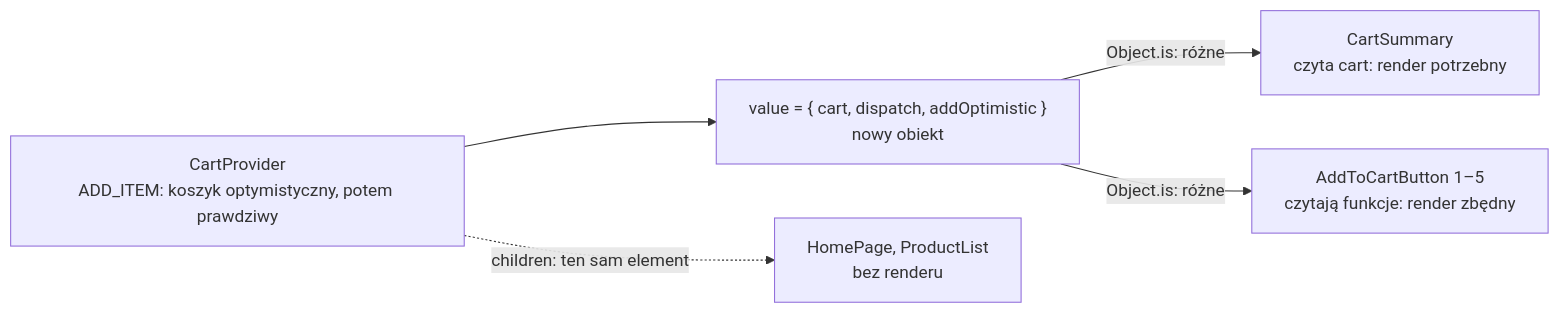
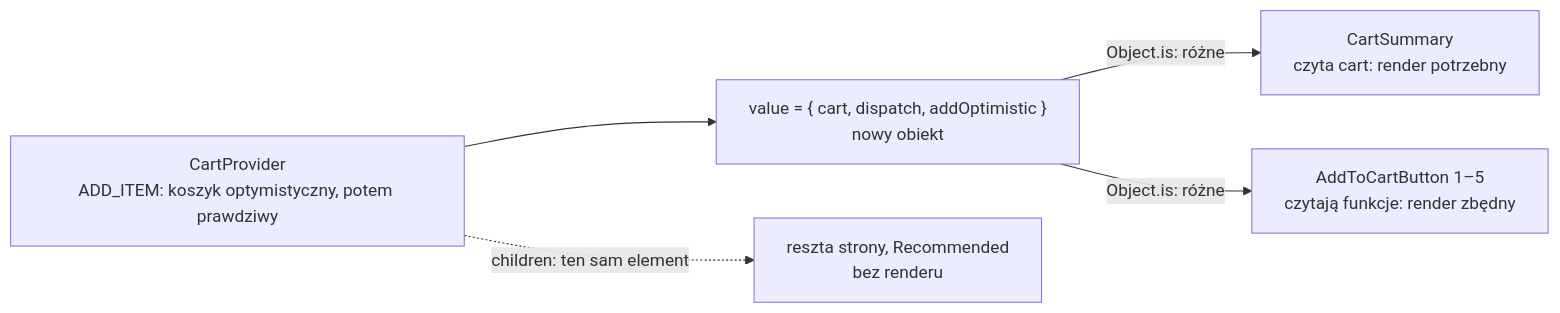
Before and after one commit to mmiotk/frontend-development-ug: the diagram in lecture04/slides/slide_11_rendery-kontekstu.md, drawn with Mermaid. The commit also changed other lines of this file and 38 other files, not shown here.

````diff
--- a/lecture04/slides/slide_11_rendery-kontekstu.md
+++ b/lecture04/slides/slide_11_rendery-kontekstu.md
@@ -62,8 +65,8 @@
 ```mermaid
 %%{init: {"flowchart": {"wrappingWidth": 360}}}%%
 flowchart LR
     P["CartProvider<br/>ADD_ITEM: koszyk optymistyczny, potem prawdziwy"] --> V["value = { cart, dispatch, addOptimistic }<br/>nowy obiekt"]
     V -->|"Object.is: różne"| S["CartSummary<br/>czyta cart: render potrzebny"]
     V -->|"Object.is: różne"| B["AddToCartButton 1–5<br/>czytają funkcje: render zbędny"]
-    P -. "children: ten sam element" .-> H["HomePage, ProductList<br/>bez renderu"]
+    P -. "children: ten sam element" .-> H["reszta strony, Recommended<br/>bez renderu"]
 ```
````
